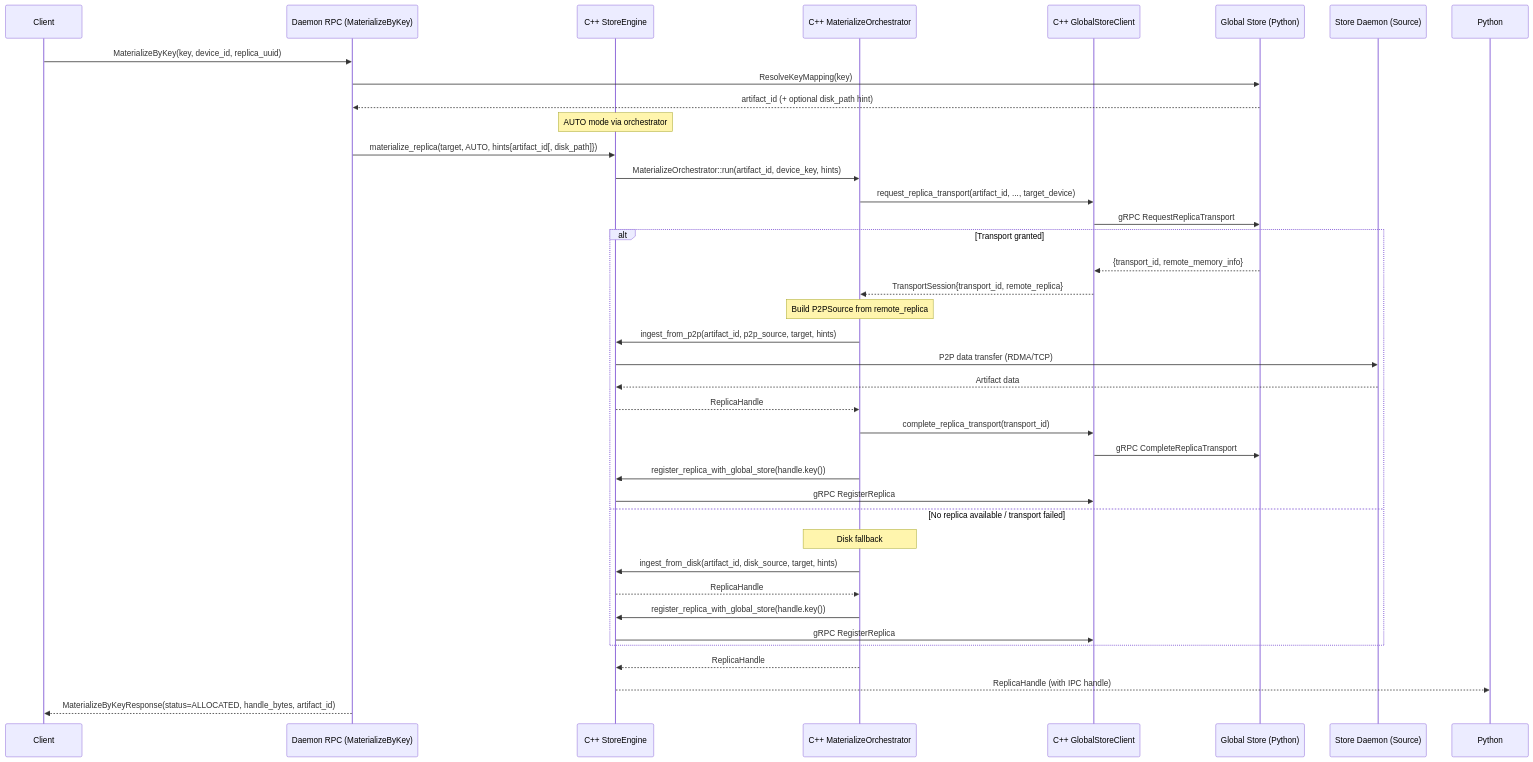
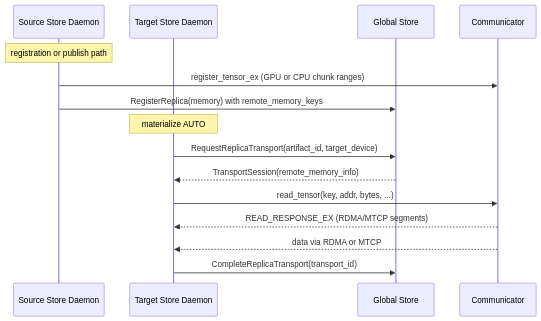
The first of 2 diagrams in docs/architecture/p2p-transfer-strategies.md (tensorcast-ai/tensorcast), drawn with Mermaid before and after one commit. The commit also changed other lines of this file and 75 other files, not shown here.

````diff
--- a/docs/architecture/p2p-transfer-strategies.md
+++ b/docs/architecture/p2p-transfer-strategies.md
@@ -216,52 +20,19 @@
 ```mermaid
 sequenceDiagram
-    participant Client
-    participant RPC as Daemon RPC (MaterializeByKey)
-    participant CS as C++ StoreEngine
-    participant PO as C++ MaterializeOrchestrator
-    participant GSC as C++ GlobalStoreClient
-    participant GS as Global Store (Python)
-    participant SD_Source as Store Daemon (Source)
+    participant Source as Source Store Daemon
+    participant Target as Target Store Daemon
+    participant GS as Global Store
+    participant Comm as Communicator
 
-    Client->>RPC: MaterializeByKey(key, device_id, replica_uuid)
-    RPC->>GS: ResolveKeyMapping(key)
-    GS-->>RPC: artifact_id (+ optional disk_path hint)
+    Note over Source: registration or publish path
+    Source->>Comm: register_tensor_ex (GPU or CPU chunk ranges)
+    Source->>GS: RegisterReplica(memory) with remote_memory_keys
 
-    Note over CS: AUTO mode via orchestrator
-    RPC->>CS: materialize_replica(target, AUTO, hints{artifact_id[, disk_path]})
-    CS->>PO: MaterializeOrchestrator::run(artifact_id, device_key, hints)
-
-    %% --- P2P transfer attempt ------------------------------------------------
-    PO->>GSC: request_replica_transport(artifact_id, ..., target_device)
-    GSC->>GS: gRPC RequestReplicaTransport
-
-    alt Transport granted
-        GS-->>GSC: {transport_id, remote_memory_info}
-        GSC-->>PO: TransportSession{transport_id, remote_replica}
-
-        Note over PO: Build P2PSource from remote_replica
-        PO->>CS: ingest_from_p2p(artifact_id, p2p_source, target, hints)
-
-        CS->>SD_Source: P2P data transfer (RDMA/TCP)
-        SD_Source-->>CS: Artifact data
-
-        CS-->>PO: ReplicaHandle
-
-        PO->>GSC: complete_replica_transport(transport_id)
-        GSC->>GS: gRPC CompleteReplicaTransport
-
-        PO->>CS: register_replica_with_global_store(handle.key())
-        CS->>GSC: gRPC RegisterReplica
-    else No replica available / transport failed
-        Note over PO: Disk fallback
-        PO->>CS: ingest_from_disk(artifact_id, disk_source, target, hints)
-        CS-->>PO: ReplicaHandle
-
-        PO->>CS: register_replica_with_global_store(handle.key())
-        CS->>GSC: gRPC RegisterReplica
-    end
-
-    PO-->>CS: ReplicaHandle
-    CS-->>Python: ReplicaHandle (with IPC handle)
-    RPC-->>Client: MaterializeByKeyResponse(status=ALLOCATED, handle_bytes, artifact_id)
+    Note over Target: materialize AUTO
+    Target->>GS: RequestReplicaTransport(artifact_id, target_device)
+    GS-->>Target: TransportSession(remote_memory_info)
+    Target->>Comm: read_tensor(key, addr, bytes, ...)
+    Comm-->>Target: READ_RESPONSE_EX (RDMA/MTCP segments)
+    Comm-->>Target: data via RDMA or MTCP
+    Target->>GS: CompleteReplicaTransport(transport_id)
 ```
````
